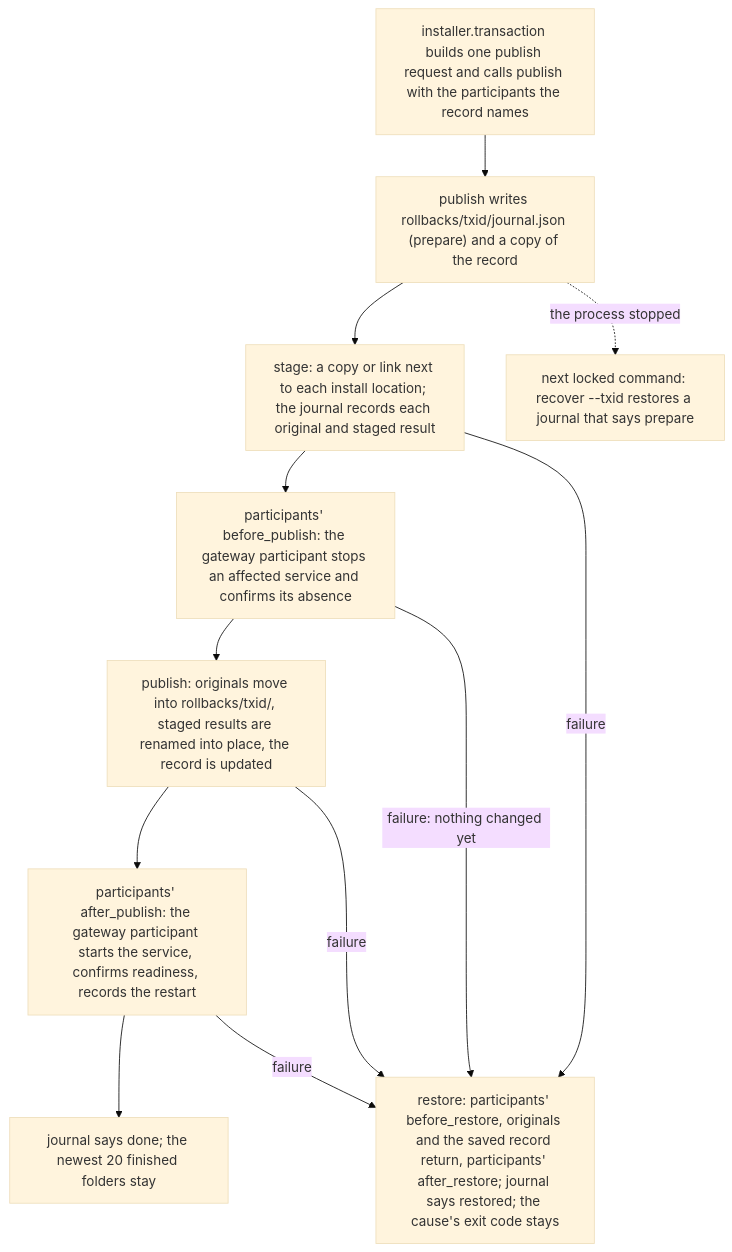
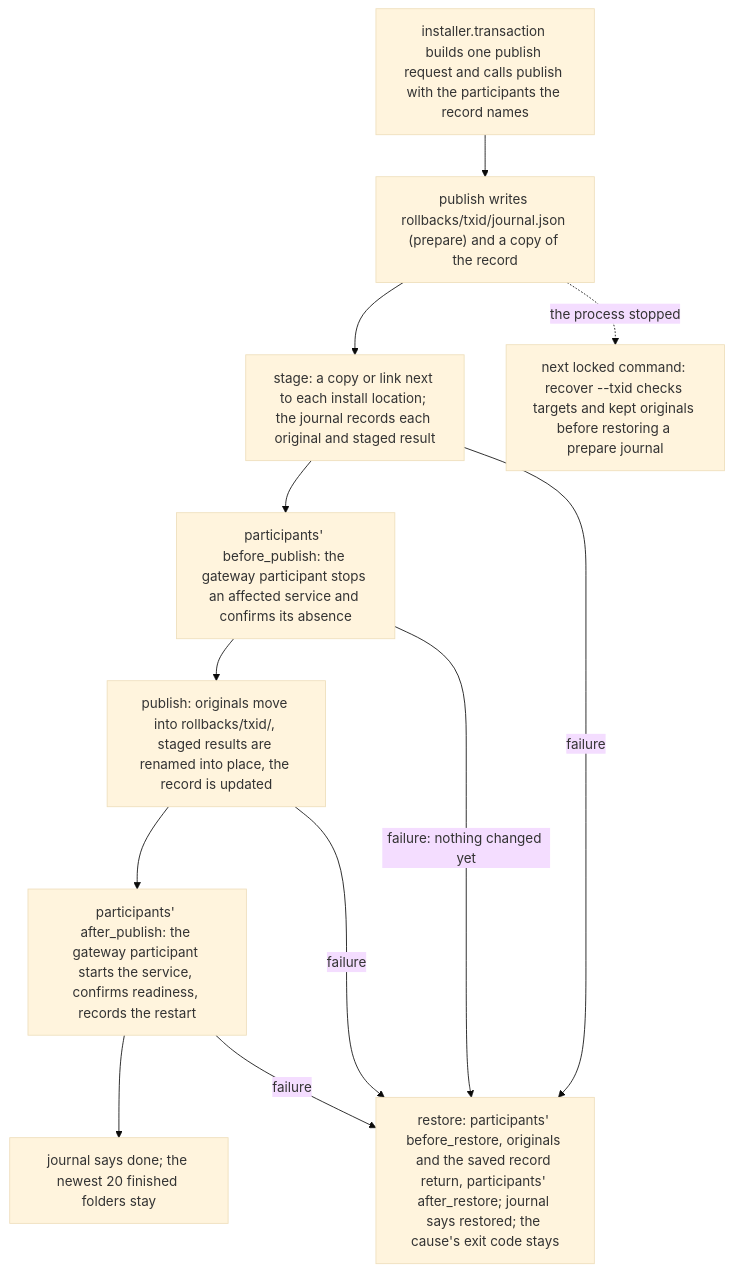
One commit to AidALL/ghost-alice changed the first of 2 diagrams in docs/reference/installer-architecture.md. Above: the diagram before and after it, drawn with Mermaid (base theme). The commit also changed other lines of this file and 231 other files, not shown here.

````diff
--- a/docs/reference/installer-architecture.md
+++ b/docs/reference/installer-architecture.md
@@ -110,18 +114,18 @@
 ```mermaid
 flowchart TB
     REQ["installer.transaction builds one publish request and calls publish with the participants the record names"]
     JR["publish writes rollbacks/txid/journal.json (prepare) and a copy of the record"]
     ST["stage: a copy or link next to each install location; the journal records each original and staged result"]
     BEF["participants' before_publish: the gateway participant stops an affected service and confirms its absence"]
     PUB["publish: originals move into rollbacks/txid/, staged results are renamed into place, the record is updated"]
     AFT["participants' after_publish: the gateway participant starts the service, confirms readiness, records the restart"]
     DONE["journal says done; the newest 20 finished folders stay"]
     RS["restore: participants' before_restore, originals and the saved record return, participants' after_restore; journal says restored; the cause's exit code stays"]
-    NEXT["next locked command: recover --txid restores a journal that says prepare"]
+    NEXT["next locked command: recover --txid checks targets and kept originals before restoring a prepare journal"]
     REQ --> JR --> ST --> BEF --> PUB --> AFT --> DONE
     ST -->|"failure"| RS
     BEF -->|"failure: nothing changed yet"| RS
     PUB -->|"failure"| RS
     AFT -->|"failure"| RS
     JR -.->|"the process stopped"| NEXT
 ```
````
